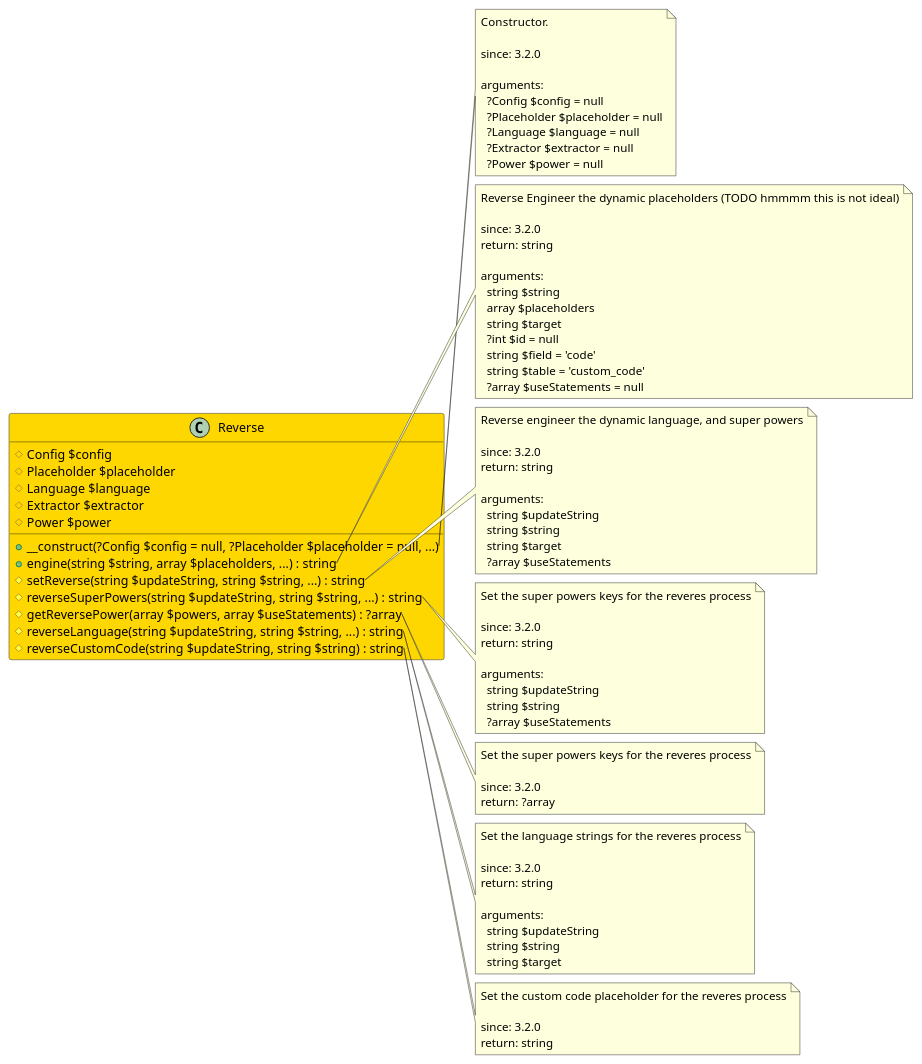
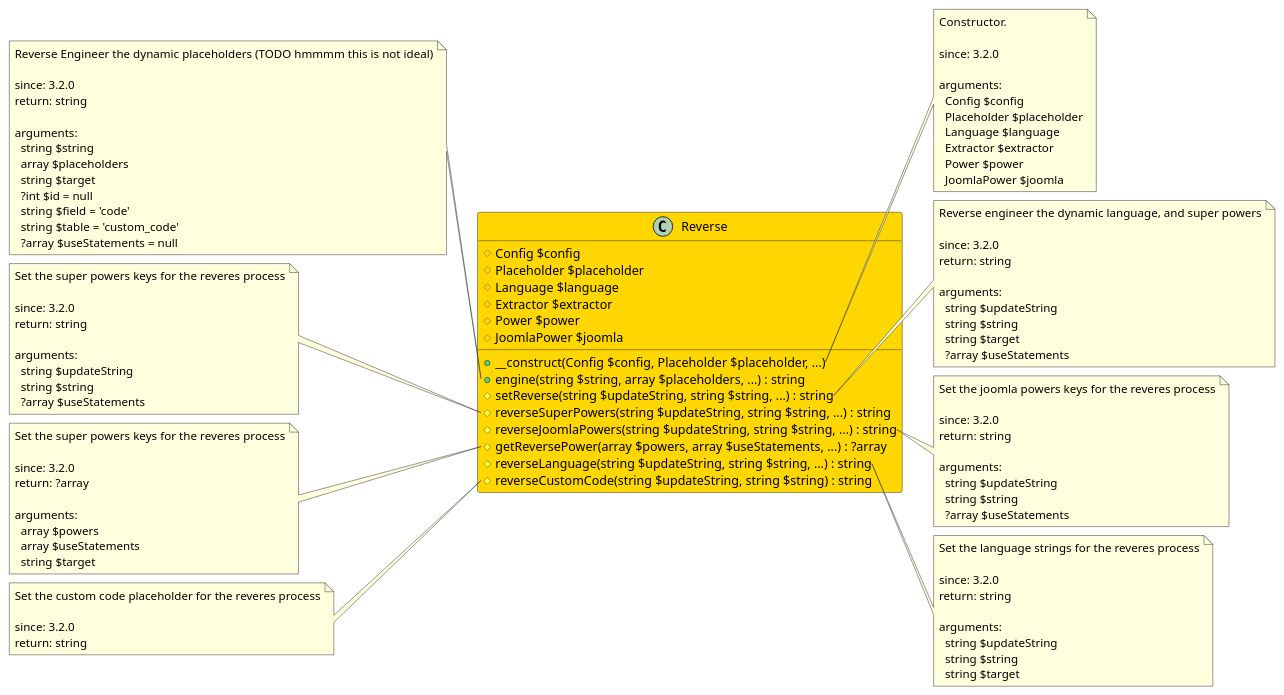
Before and after one commit to joomengine/jcb-compiler: the diagram in src/ca111518-e47c-4049-b1b2-cb010f23866f/README.md, drawn with PlantUML. The commit also changed 18 other files, not shown here.

```diff
--- a/src/ca111518-e47c-4049-b1b2-cb010f23866f/README.md
+++ b/src/ca111518-e47c-4049-b1b2-cb010f23866f/README.md
@@ -16,11 +16,13 @@
   # Language $language
   # Extractor $extractor
   # Power $power
-  + __construct(?Config $config = null, ?Placeholder $placeholder = null, ...)
+  # JoomlaPower $joomla
+  + __construct(Config $config, Placeholder $placeholder, ...)
   + engine(string $string, array $placeholders, ...) : string
   # setReverse(string $updateString, string $string, ...) : string
   # reverseSuperPowers(string $updateString, string $string, ...) : string
-  # getReversePower(array $powers, array $useStatements) : ?array
+  # reverseJoomlaPowers(string $updateString, string $string, ...) : string
+  # getReversePower(array $powers, array $useStatements, ...) : ?array
   # reverseLanguage(string $updateString, string $string, ...) : string
   # reverseCustomCode(string $updateString, string $string) : string
 }
@@ -31,14 +33,15 @@
   since: 3.2.0
   
   arguments:
-    ?Config $config = null
-    ?Placeholder $placeholder = null
-    ?Language $language = null
-    ?Extractor $extractor = null
-    ?Power $power = null
+    Config $config
+    Placeholder $placeholder
+    Language $language
+    Extractor $extractor
+    Power $power
+    JoomlaPower $joomla
 end note
 
-note right of Reverse::engine
+note left of Reverse::engine
   Reverse Engineer the dynamic placeholders (TODO hmmmm this is not ideal)
 
   since: 3.2.0
@@ -67,7 +70,7 @@
     ?array $useStatements
 end note
 
-note right of Reverse::reverseSuperPowers
+note left of Reverse::reverseSuperPowers
   Set the super powers keys for the reveres process
 
   since: 3.2.0
@@ -79,11 +82,28 @@
     ?array $useStatements
 end note
 
-note right of Reverse::getReversePower
+note right of Reverse::reverseJoomlaPowers
+  Set the joomla powers keys for the reveres process
+
+  since: 3.2.0
+  return: string
+  
+  arguments:
+    string $updateString
+    string $string
+    ?array $useStatements
+end note
+
+note left of Reverse::getReversePower
   Set the super powers keys for the reveres process
 
   since: 3.2.0
   return: ?array
+  
+  arguments:
+    array $powers
+    array $useStatements
+    string $target
 end note
 
 note right of Reverse::reverseLanguage
@@ -98,7 +118,7 @@
     string $target
 end note
 
-note right of Reverse::reverseCustomCode
+note left of Reverse::reverseCustomCode
   Set the custom code placeholder for the reveres process
 
   since: 3.2.0
```
